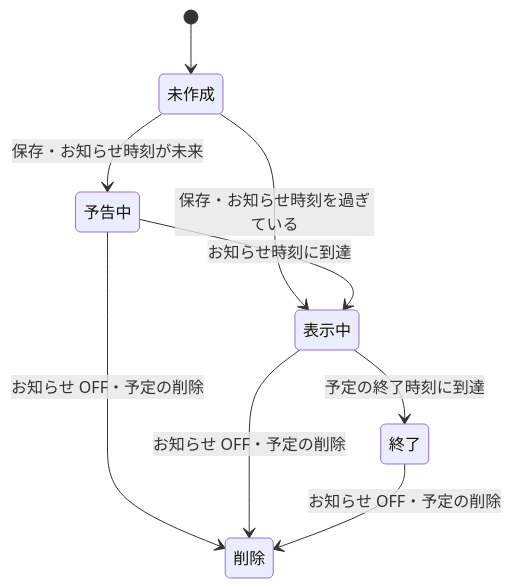
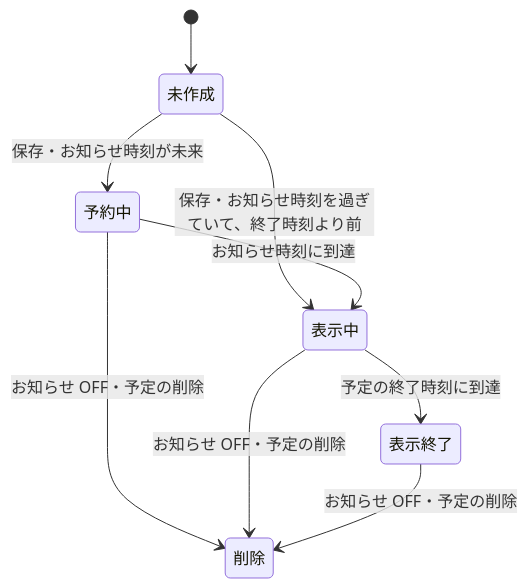
Before and after one commit to panicboat/monorepo: the diagram in dystopia/docs/features/schedules.md, drawn with Mermaid. The commit also changed other lines of this file and 16 other files, not shown here.

````diff
--- a/dystopia/docs/features/schedules.md
+++ b/dystopia/docs/features/schedules.md
@@ -69,11 +69,11 @@
 ```mermaid
 stateDiagram-v2
     [*] --> 未作成
-    未作成 --> 予告中: 保存・お知らせ時刻が未来
-    未作成 --> 表示中: 保存・お知らせ時刻を過ぎている
-    予告中 --> 表示中: お知らせ時刻に到達
-    表示中 --> 終了: 予定の終了時刻に到達
-    予告中 --> 削除: お知らせ OFF・予定の削除
+    未作成 --> 予約中: 保存・お知らせ時刻が未来
+    未作成 --> 表示中: 保存・お知らせ時刻を過ぎていて、終了時刻より前
+    予約中 --> 表示中: お知らせ時刻に到達
+    表示中 --> 表示終了: 予定の終了時刻に到達
+    予約中 --> 削除: お知らせ OFF・予定の削除
     表示中 --> 削除: お知らせ OFF・予定の削除
-    終了 --> 削除: お知らせ OFF・予定の削除
+    表示終了 --> 削除: お知らせ OFF・予定の削除
 ```
````
